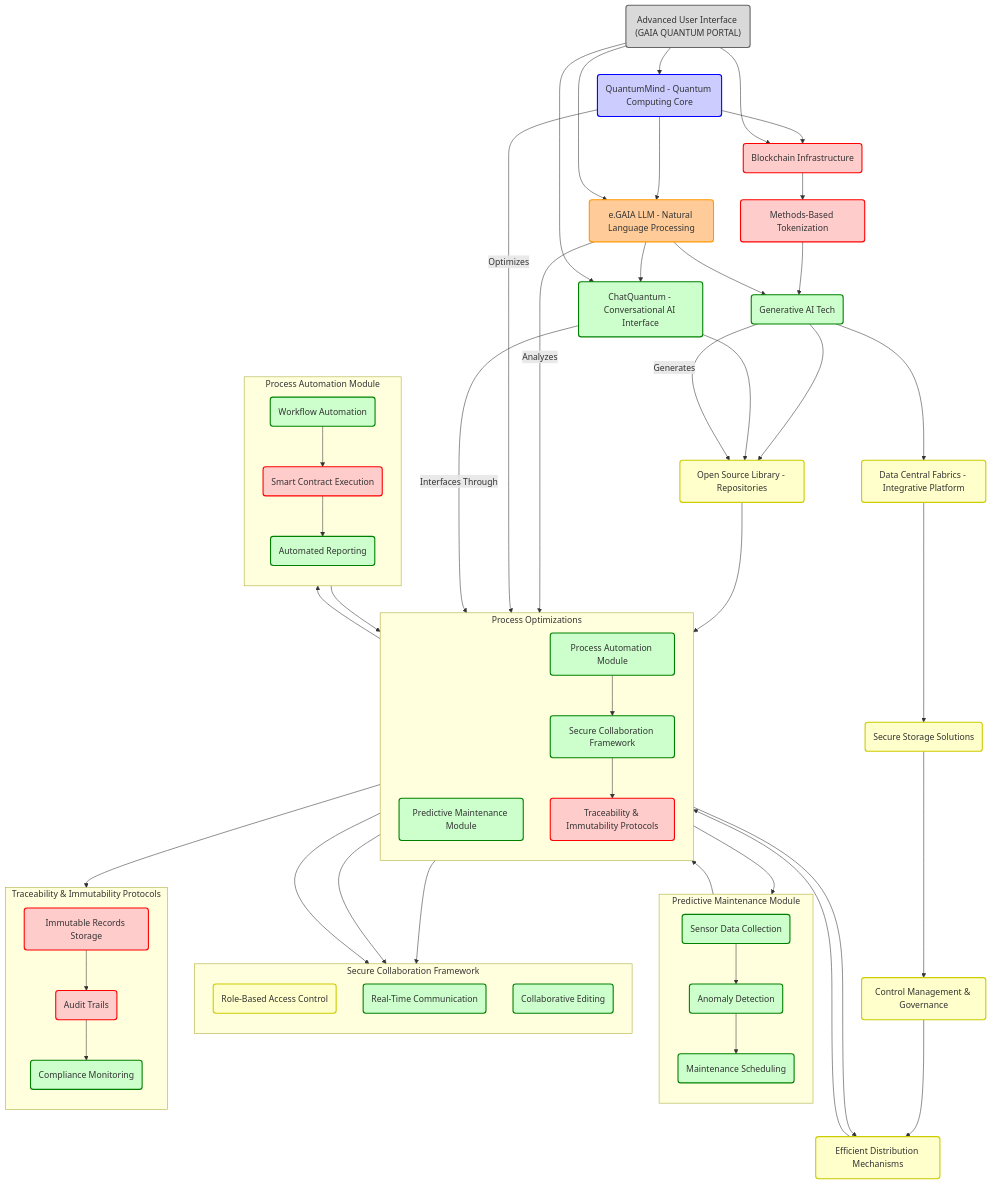
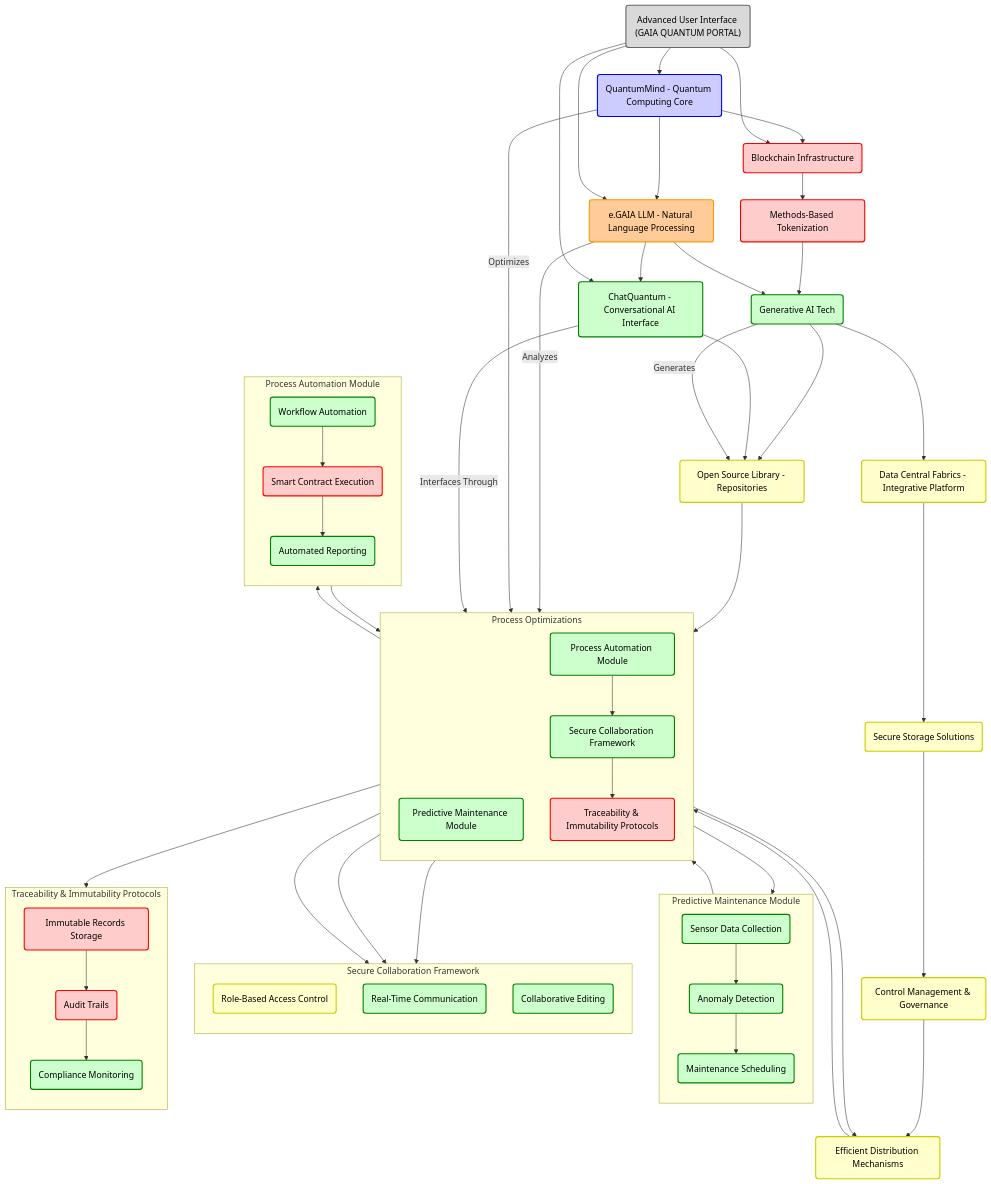
One commit to Robbbo-T/Gaia-Quantum-Portal changed the diagram in README.md. Above: the diagram before and after it, drawn with Mermaid. The commit also changed other lines of this file, not shown here.

````diff
--- a/README.md
+++ b/README.md
@@ -477,13 +477,13 @@
 ```mermaid
 flowchart TD
     %% Define styles for different components
-    classDef blockchain fill:#ffcccc, stroke:#ff0000, stroke-width:2px;
-    classDef ai_ml fill:#ccffcc, stroke:#008000, stroke-width:2px;
-    classDef quantum fill:#ccccff, stroke:#0000ff, stroke-width:2px;
-    classDef data_fabric fill:#ffffcc, stroke:#cccc00, stroke-width:2px;
-    classDef eGAIA fill:#ffcc99, stroke:#ff9900, stroke-width:2px;
-    classDef ui fill:#d9d9d9, stroke:#666666, stroke-width:2px;
-    classDef process_optimizations fill:#f2f2f2, stroke:#b3b3b3, stroke-width:2px;
+    classDef blockchain fill:#ffcccc, stroke:#ff0000, stroke-width:2px, color:#000000;
+    classDef ai_ml fill:#ccffcc, stroke:#008000, stroke-width:2px, color:#000000;
+    classDef quantum fill:#ccccff, stroke:#0000ff, stroke-width:2px, color:#000000;
+    classDef data_fabric fill:#ffffcc, stroke:#cccc00, stroke-width:2px, color:#000000;
+    classDef eGAIA fill:#ffcc99, stroke:#ff9900, stroke-width:2px, color:#000000;
+    classDef ui fill:#d9d9d9, stroke:#666666, stroke-width:2px, color:#000000;
+    classDef process_optimizations fill:#f2f2f2, stroke:#b3b3b3, stroke-width:2px, color:#000000;
 
     %% Core components
     A(Blockchain Infrastructure):::blockchain
````
